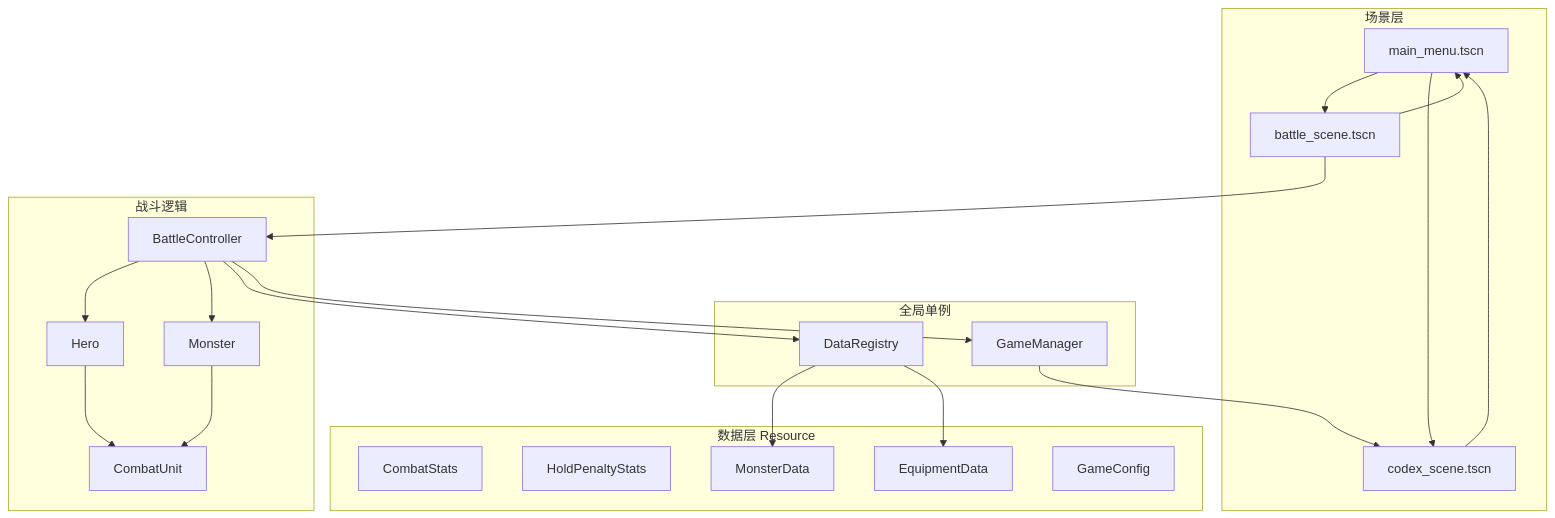
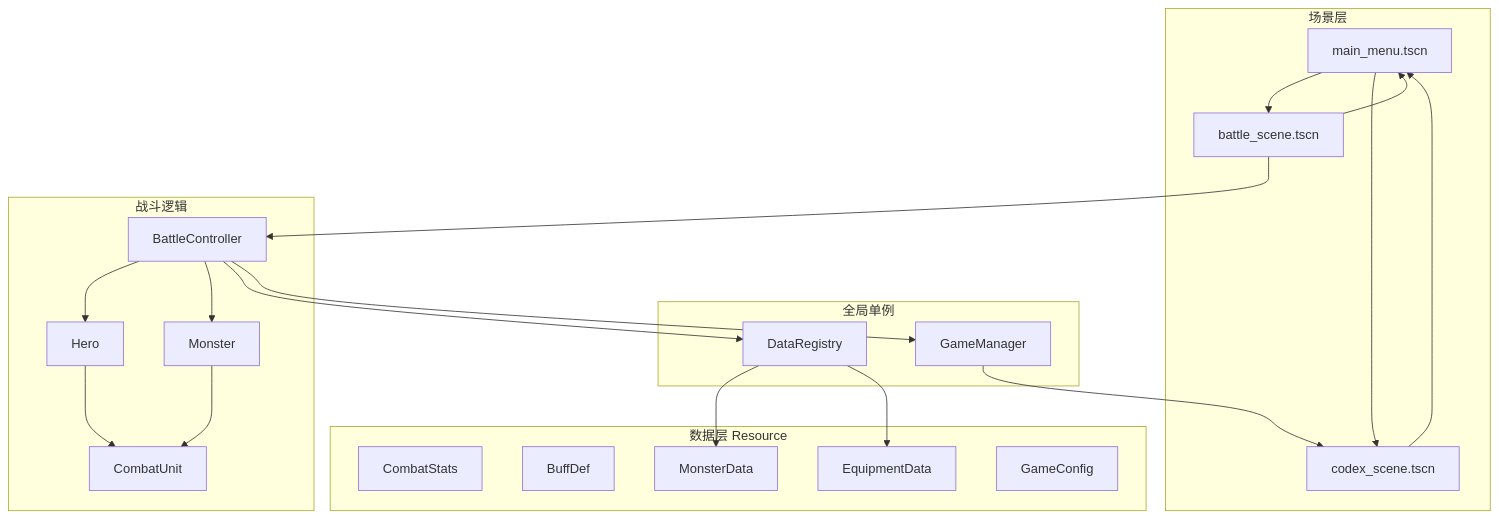
The diagram in docs/knowledge/01-架构总览.md (yolk-l/free-fight), drawn with Mermaid before and after one commit. The commit also changed other lines of this file and 81 other files, not shown here.

````diff
--- a/docs/knowledge/01-架构总览.md
+++ b/docs/knowledge/01-架构总览.md
@@ -11,45 +11,45 @@
 ```mermaid
 flowchart TB
     subgraph scenes [场景层]
         MainMenu[main_menu.tscn]
         Codex[codex_scene.tscn]
         Battle[battle_scene.tscn]
     end
 
     subgraph autoload [全局单例]
         GM[GameManager]
         DR[DataRegistry]
     end
 
     subgraph data [数据层 Resource]
         CS[CombatStats]
-        HP[HoldPenaltyStats]
+        BD[BuffDef]
         MD[MonsterData]
         ED[EquipmentData]
         GC[GameConfig]
     end
 
     subgraph battle [战斗逻辑]
         BC[BattleController]
         CU[CombatUnit]
         Hero[Hero]
         Monster[Monster]
     end
 
     MainMenu --> Battle
     MainMenu --> Codex
     Codex --> MainMenu
     Battle --> MainMenu
 
     Battle --> BC
     BC --> Hero
     BC --> Monster
     Hero --> CU
     Monster --> CU
 
     DR --> MD
     DR --> ED
     GM --> Codex
     BC --> DR
     BC --> GM
 ```
````
